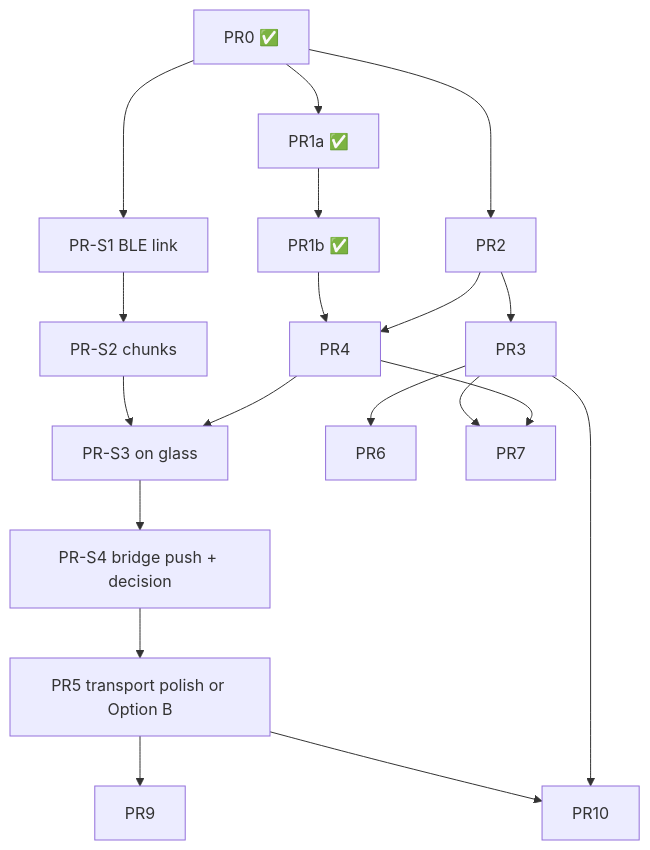
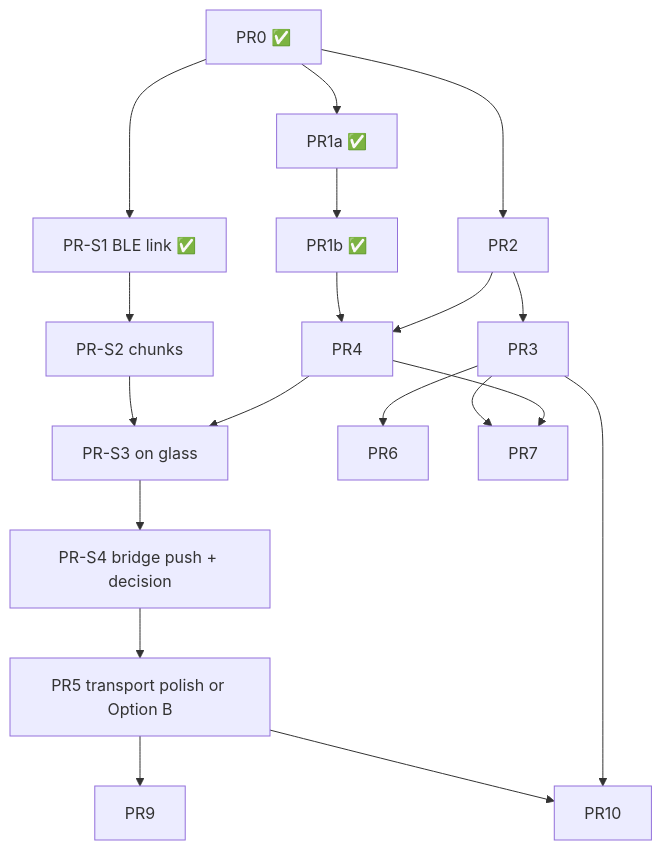
One commit to bakkerme/agent-control-deck changed the third of 3 diagrams in docs/mvp-product-design.md. Above: the diagram before and after it, drawn with Mermaid. The commit also changed other lines of this file, not shown here.

First line of the commit message:
docs: mark PR-S1 BLE link done in MVP design (rev 2.4)

````diff
--- a/docs/mvp-product-design.md
+++ b/docs/mvp-product-design.md
@@ -1213,20 +1224,20 @@
 ```mermaid
 flowchart TD
   PR0[PR0 ✅] --> PR1a[PR1a ✅] --> PR1b[PR1b ✅]
   PR0 --> PR2
-  PR0 --> PRS1[PR-S1 BLE link]
+  PR0 --> PRS1[PR-S1 BLE link ✅]
   PRS1 --> PRS2[PR-S2 chunks]
   PR1b --> PR4
   PR2 --> PR4
   PR2 --> PR3
   PRS2 --> PRS3[PR-S3 on glass]
   PR4 --> PRS3
   PRS3 --> PRS4[PR-S4 bridge push + decision]
   PRS4 --> PR5[PR5 transport polish or Option B]
   PR3 --> PR6
   PR3 --> PR7
   PR4 --> PR7
   PR5 --> PR9
   PR5 --> PR10
   PR3 --> PR10
 ```
````
